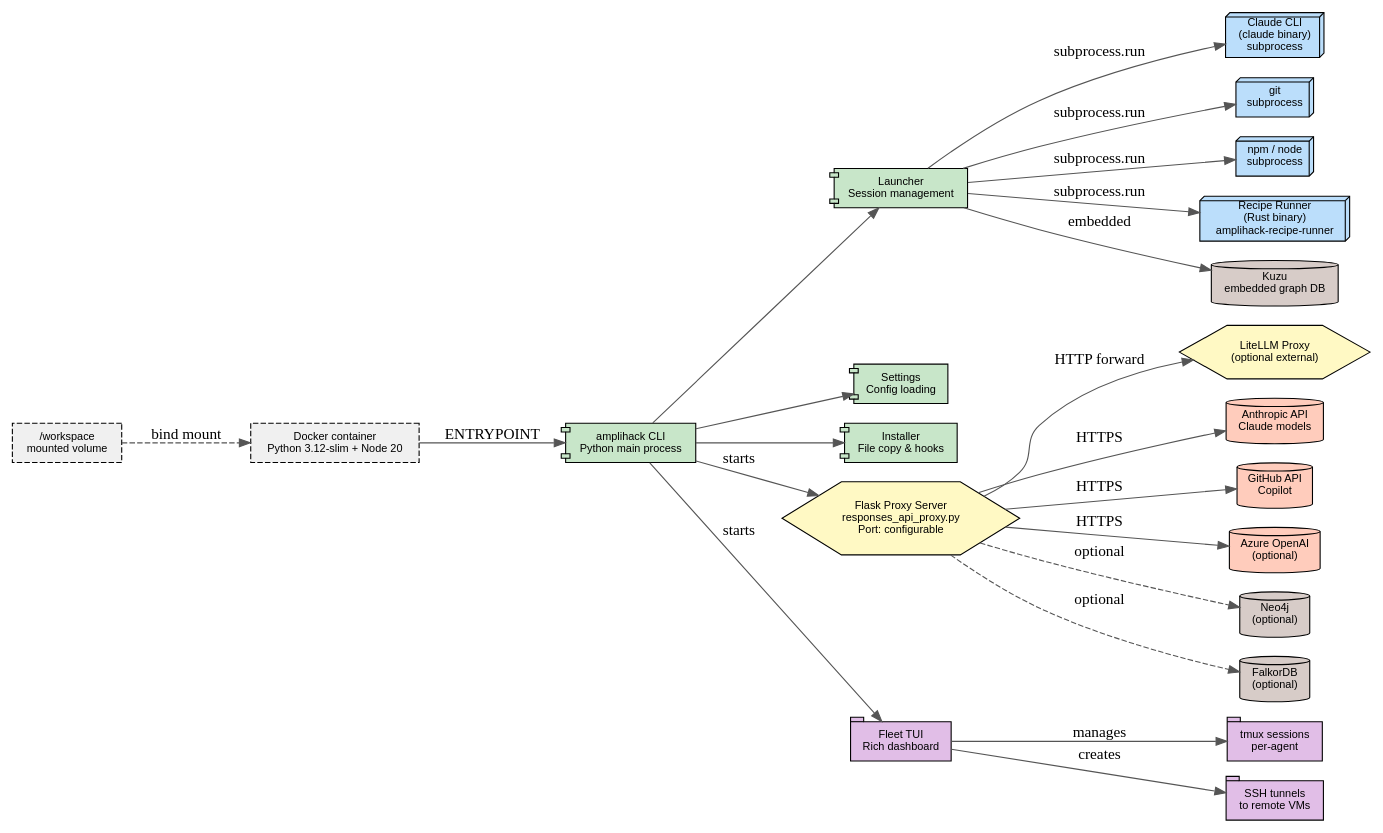
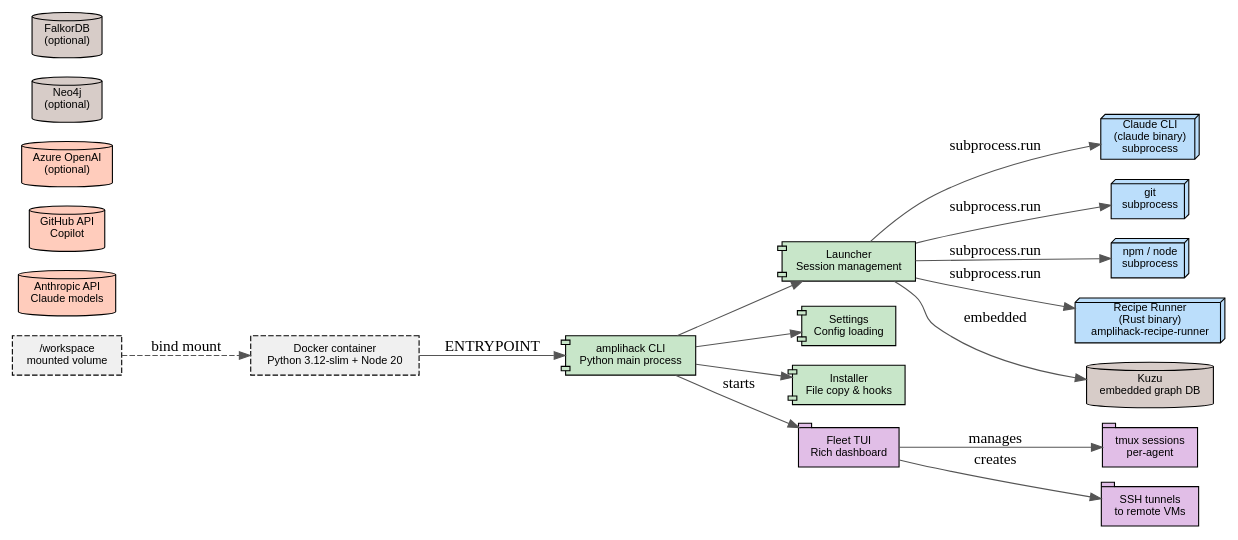
Before and after one commit to rysweet/amplihack: the diagram in docs/atlas/runtime-topology/runtime-topology.dot, drawn with Graphviz. The commit also changed 161 other files, not shown here.

First line of the commit message:
security: remove litellm dependency and proxy subsystem entirely

```diff
--- a/docs/atlas/runtime-topology/runtime-topology.dot
+++ b/docs/atlas/runtime-topology/runtime-topology.dot
@@ -1,80 +1,66 @@
 digraph runtime_topology {
     rankdir=LR;
     fontname="Helvetica";
     node [fontname="Helvetica", fontsize=10];
     edge [color="#555555"];
     compound=true;
 
     // Main process
     node [shape=component, style="filled", fillcolor="#c8e6c9"];
     cli [label="amplihack CLI\nPython main process"];
     launcher [label="Launcher\nSession management"];
     settings [label="Settings\nConfig loading"];
     installer [label="Installer\nFile copy & hooks"];
 
     // Subprocesses
     node [shape=box3d, style="filled", fillcolor="#bbdefb"];
     claude_bin [label="Claude CLI\n(claude binary)\nsubprocess"];
     git_proc [label="git\nsubprocess"];
     npm_proc [label="npm / node\nsubprocess"];
     recipe_rust [label="Recipe Runner\n(Rust binary)\namplihack-recipe-runner"];
-
-    // Servers
-    node [shape=hexagon, style="filled", fillcolor="#fff9c4"];
-    flask_proxy [label="Flask Proxy Server\nresponses_api_proxy.py\nPort: configurable"];
-    litellm_proxy [label="LiteLLM Proxy\n(optional external)"];
 
     // Fleet
     node [shape=tab, style="filled", fillcolor="#e1bee7"];
     fleet_tui [label="Fleet TUI\nRich dashboard"];
     tmux [label="tmux sessions\nper-agent"];
     ssh [label="SSH tunnels\nto remote VMs"];
 
     // Docker
     node [shape=box, style="dashed,filled", fillcolor="#f0f0f0"];
     docker [label="Docker container\nPython 3.12-slim + Node 20"];
     workspace [label="/workspace\nmounted volume"];
 
     // External services
     node [shape=cylinder, style="filled", fillcolor="#ffccbc"];
     anthropic [label="Anthropic API\nClaude models"];
     github [label="GitHub API\nCopilot"];
     azure [label="Azure OpenAI\n(optional)"];
 
     node [shape=cylinder, style="filled", fillcolor="#d7ccc8"];
     neo4j [label="Neo4j\n(optional)"];
     falkordb [label="FalkorDB\n(optional)"];
     kuzu [label="Kuzu\nembedded graph DB"];
 
     // Edges - main process
     cli -> launcher;
     cli -> settings;
     cli -> installer;
 
     // Subprocess spawning
     launcher -> claude_bin [label="subprocess.run"];
     launcher -> git_proc [label="subprocess.run"];
     launcher -> npm_proc [label="subprocess.run"];
     launcher -> recipe_rust [label="subprocess.run"];
 
-    // Server connections
-    cli -> flask_proxy [label="starts"];
-    flask_proxy -> litellm_proxy [label="HTTP forward"];
-    flask_proxy -> anthropic [label="HTTPS"];
-    flask_proxy -> github [label="HTTPS"];
-    flask_proxy -> azure [label="HTTPS"];
-
     // Fleet
     cli -> fleet_tui [label="starts"];
     fleet_tui -> tmux [label="manages"];
     fleet_tui -> ssh [label="creates"];
 
     // Docker
     docker -> cli [label="ENTRYPOINT"];
     workspace -> docker [label="bind mount", style=dashed];
 
     // Data stores
     launcher -> kuzu [label="embedded"];
-    flask_proxy -> neo4j [style=dashed, label="optional"];
-    flask_proxy -> falkordb [style=dashed, label="optional"];
 }
```
